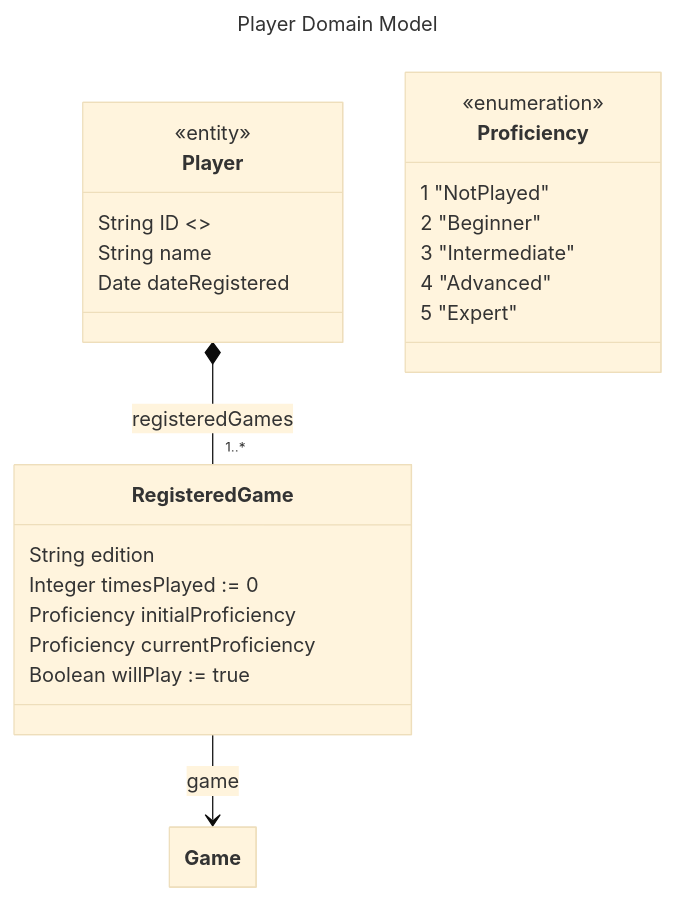
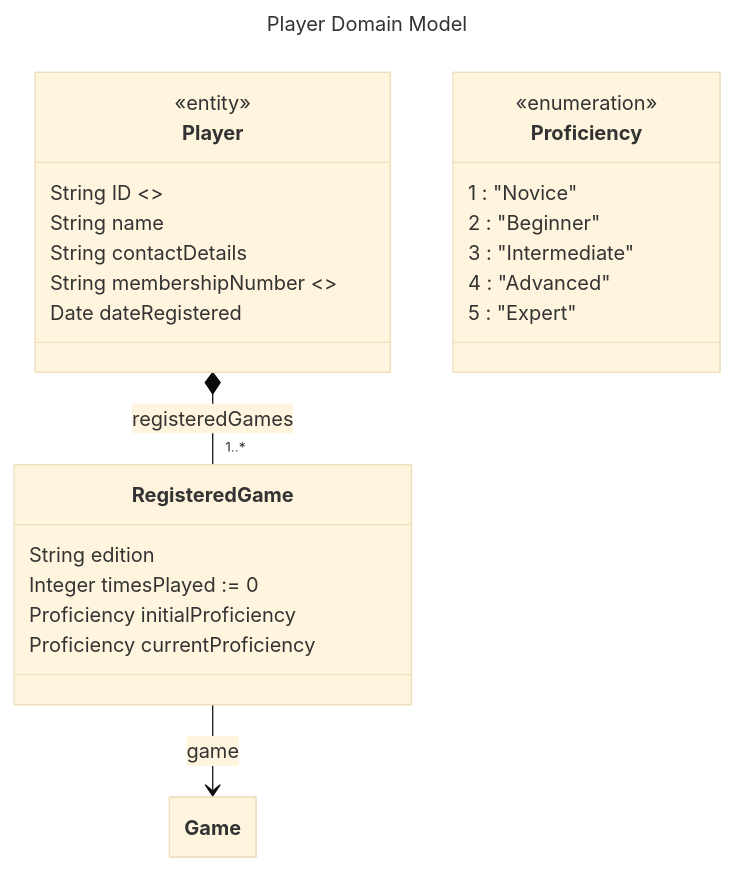
One commit to AdrianMiley/War-Games-League changed the diagram in design/data/player.md. Above: the diagram before and after it, drawn with Mermaid (base theme). The commit also changed 22 other files, not shown here.

````diff
--- a/design/data/player.md
+++ b/design/data/player.md
@@ -9,37 +9,38 @@
 ```mermaid
 ---
   title: Player Domain Model
   config:
     class:
       hideEmptyMembersBox: true
 ---
 classDiagram
 %%    namespace "player"
 %%    import "design/data/game/Game" as Game
     class Player {
         <<entity>>
         String ID <<key>>
         String name
+        String contactDetails
+        String membershipNumber <<optional>>
         Date dateRegistered
     }
 
     class RegisteredGame {
         String edition
         Integer timesPlayed := 0
         Proficiency initialProficiency
         Proficiency currentProficiency
-        Boolean willPlay := true
     }
 
     Player *-- "1..*" RegisteredGame : registeredGames
     RegisteredGame --> Game : game
 
     class Proficiency {
         <<enumeration>>
-        1 "NotPlayed"
-        2 "Beginner"
-        3 "Intermediate"
-        4 "Advanced"
-        5 "Expert"
+        1 : "Novice"
+        2 : "Beginner"
+        3 : "Intermediate"
+        4 : "Advanced"
+        5 : "Expert"
     }
 ```
````
